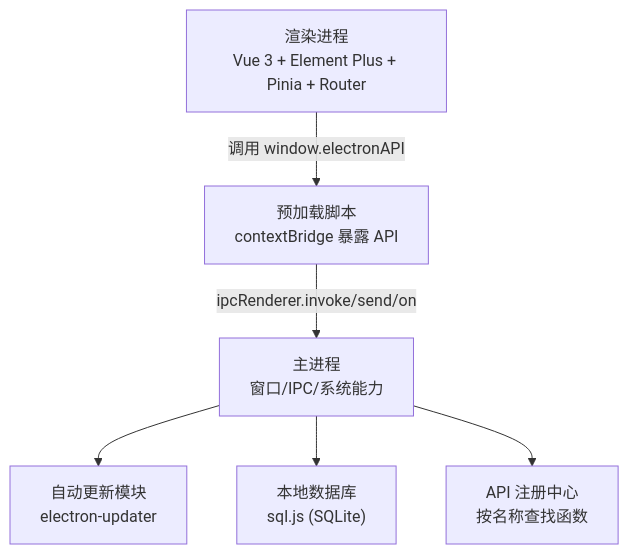
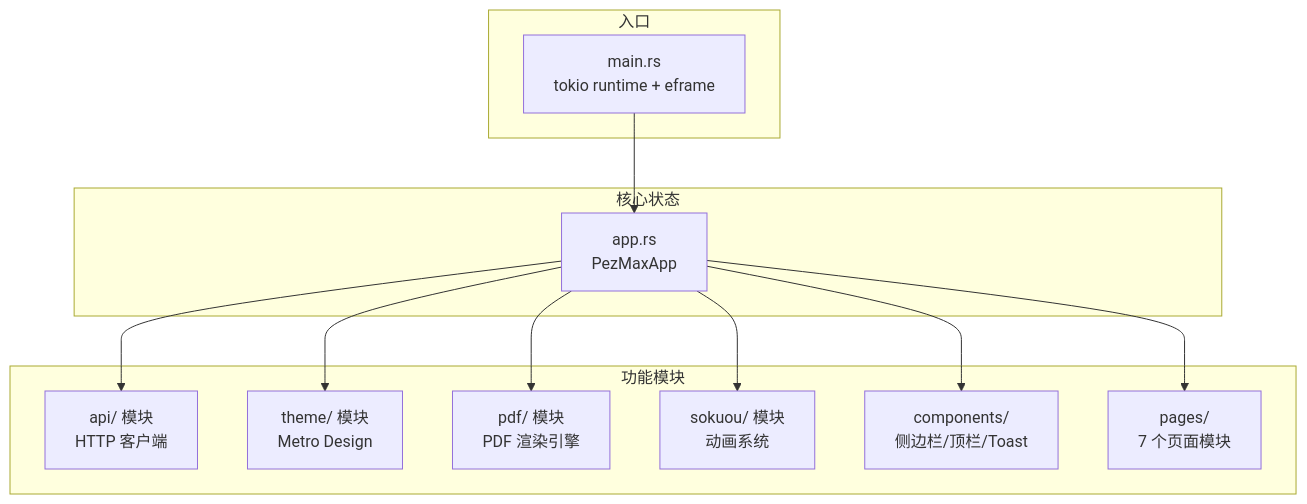
The first of 4 diagrams in repowiki/zh/content/桌面应用开发/桌面应用开发.md (PezMax/PezMax-One), drawn with Mermaid before and after one commit. The commit also changed other lines of this file and 12 other files, not shown here.

````diff
--- a/repowiki/zh/content/桌面应用开发/桌面应用开发.md
+++ b/repowiki/zh/content/桌面应用开发/桌面应用开发.md
@@ -117,14 +49,24 @@
 ```mermaid
 graph TB
-Renderer["渲染进程<br/>Vue 3 + Element Plus + Pinia + Router"]
-Preload["预加载脚本<br/>contextBridge 暴露 API"]
-Main["主进程<br/>窗口/IPC/系统能力"]
-Updater["自动更新模块<br/>electron-updater"]
-DB["本地数据库<br/>sql.js (SQLite)"]
-APIReg["API 注册中心<br/>按名称查找函数"]
-Renderer --> |调用 window.electronAPI| Preload
-Preload --> |ipcRenderer.invoke/send/on| Main
-Main --> Updater
-Main --> DB
-Main --> APIReg
+subgraph "入口"
+A["main.rs<br/>tokio runtime + eframe"]
+end
+subgraph "核心状态"
+B["app.rs<br/>PezMaxApp"]
+end
+subgraph "功能模块"
+C["api/ 模块<br/>HTTP 客户端"]
+D["theme/ 模块<br/>Metro Design"]
+E["pdf/ 模块<br/>PDF 渲染引擎"]
+F["sokuou/ 模块<br/>动画系统"]
+G["components/<br/>侧边栏/顶栏/Toast"]
+H["pages/<br/>7 个页面模块"]
+end
+A --> B
+B --> C
+B --> D
+B --> E
+B --> F
+B --> G
+B --> H
 ```
````
